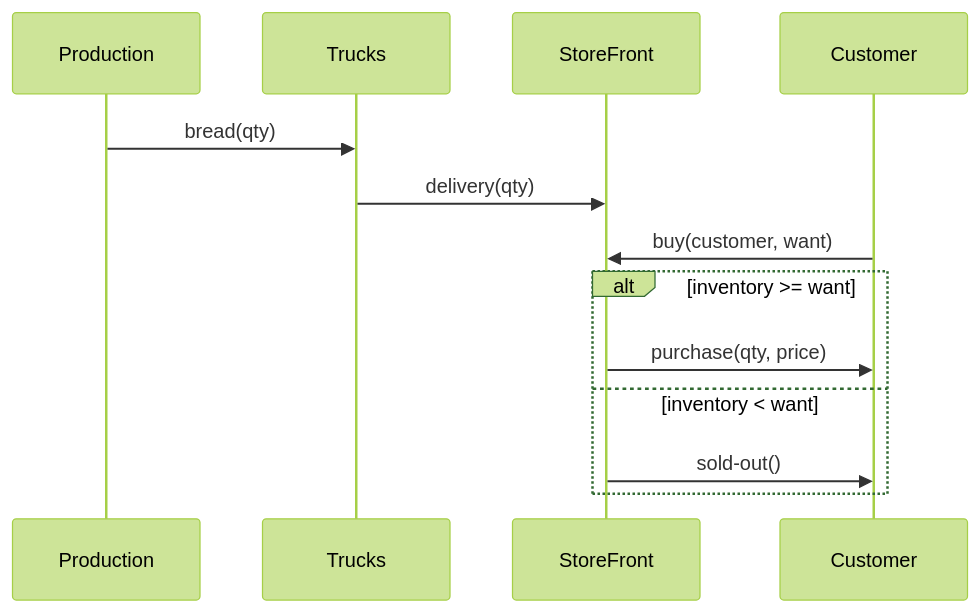
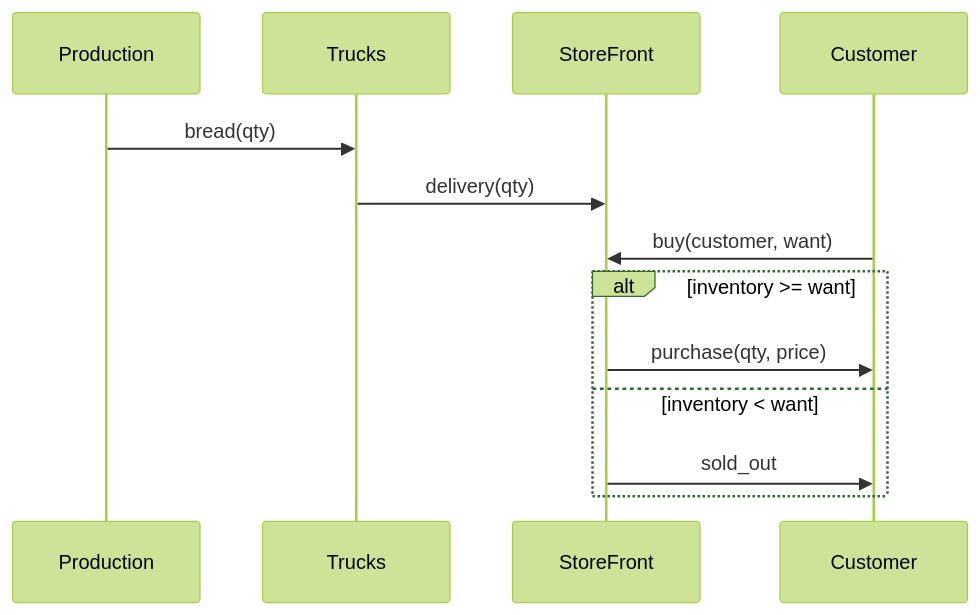
One commit to rfielding/philosopher changed the first of 8 diagrams in examples/breadco-efsm.md. Above: the diagram before and after it, drawn with Mermaid (forest theme). The commit also changed other lines of this file and 1 other file, not shown here.

````diff
--- a/examples/breadco-efsm.md
+++ b/examples/breadco-efsm.md
@@ -14,16 +14,16 @@
 ```mermaid
 sequenceDiagram
     participant P as Production
     participant T as Trucks
     participant S as StoreFront
     participant C as Customer
     
     P->>T: bread(qty)
     T->>S: delivery(qty)
     C->>S: buy(customer, want)
     alt inventory >= want
         S->>C: purchase(qty, price)
     else inventory < want
-        S->>C: sold-out()
+        S->>C: sold_out
     end
 ```
````
